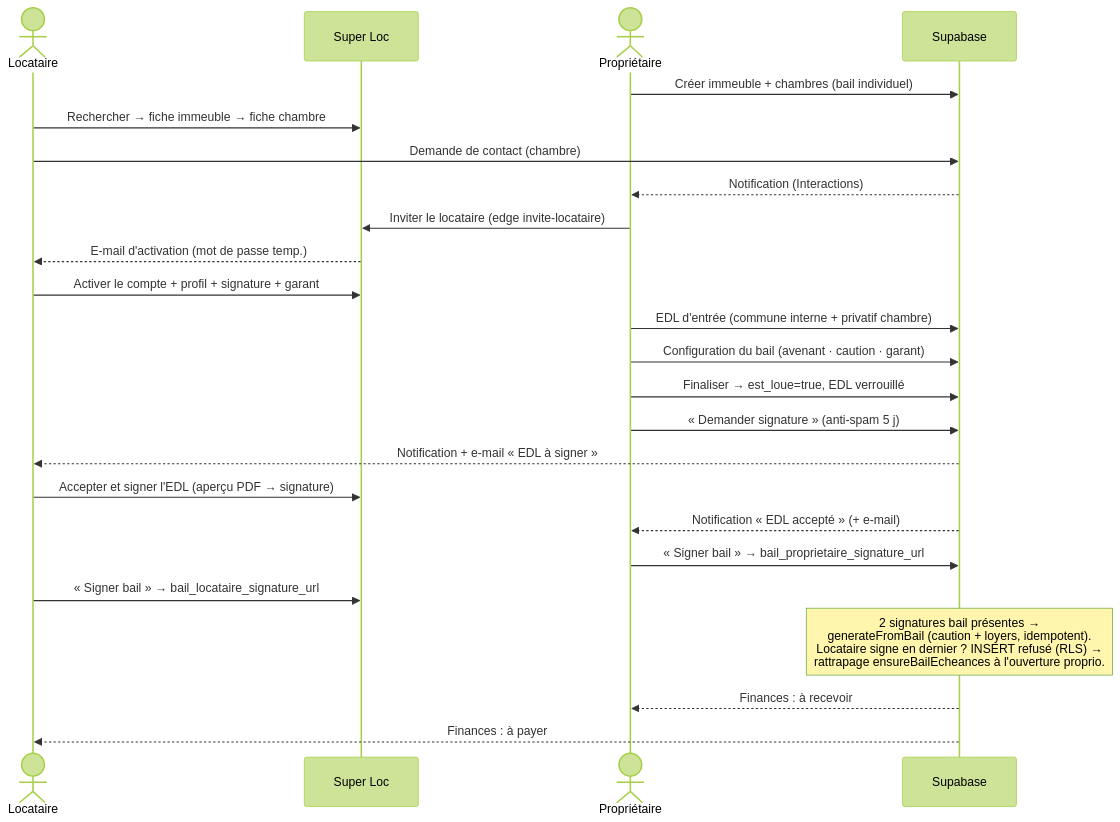
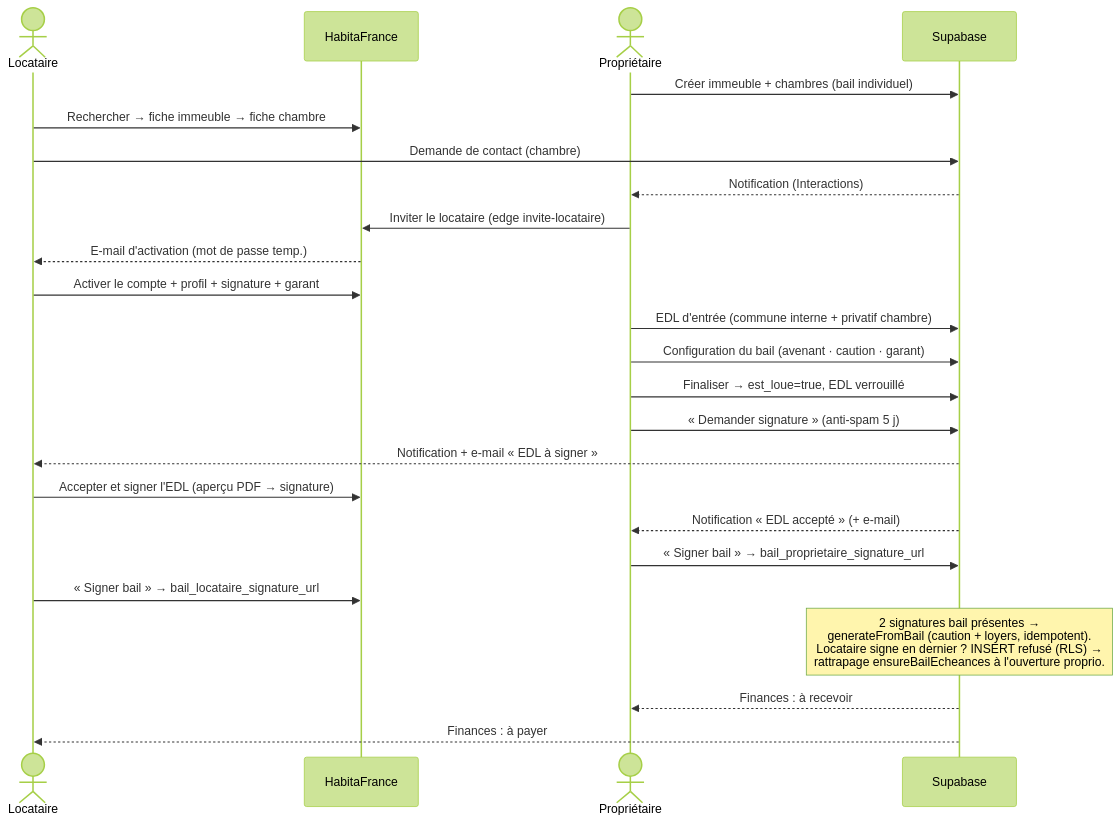
One commit to rhayonne/lacoloc changed the seventh of 8 diagrams in diagrams/10_parcours_location.md. Above: the diagram before and after it, drawn with Mermaid (forest theme). The commit also changed 271 other files, not shown here.

First line of the commit message:
feat!: rebranding lacoloc_front → HabitaFrance + correções de segurança

````diff
--- a/diagrams/10_parcours_location.md
+++ b/diagrams/10_parcours_location.md
@@ -264,27 +264,27 @@
 ```mermaid
 sequenceDiagram
     actor L as Locataire
-    participant APP as Super Loc
+    participant APP as HabitaFrance
     actor P as Propriétaire
     participant DB as Supabase
 
     P->>DB: Créer immeuble + chambres (bail individuel)
     L->>APP: Rechercher → fiche immeuble → fiche chambre
     L->>DB: Demande de contact (chambre)
     DB-->>P: Notification (Interactions)
     P->>APP: Inviter le locataire (edge invite-locataire)
     APP-->>L: E-mail d'activation (mot de passe temp.)
     L->>APP: Activer le compte + profil + signature + garant
     P->>DB: EDL d'entrée (commune interne + privatif chambre)
     P->>DB: Configuration du bail (avenant · caution · garant)
     P->>DB: Finaliser → est_loue=true, EDL verrouillé
     P->>DB: « Demander signature » (anti-spam 5 j)
     DB-->>L: Notification + e-mail « EDL à signer »
     L->>APP: Accepter et signer l'EDL (aperçu PDF → signature)
     DB-->>P: Notification « EDL accepté » (+ e-mail)
     P->>DB: « Signer bail » → bail_proprietaire_signature_url
     L->>APP: « Signer bail » → bail_locataire_signature_url
     Note over DB: 2 signatures bail présentes →<br/>generateFromBail (caution + loyers, idempotent).<br/>Locataire signe en dernier ? INSERT refusé (RLS) →<br/>rattrapage ensureBailEcheances à l'ouverture proprio.
     DB-->>P: Finances : à recevoir
     DB-->>L: Finances : à payer
 ```
````
